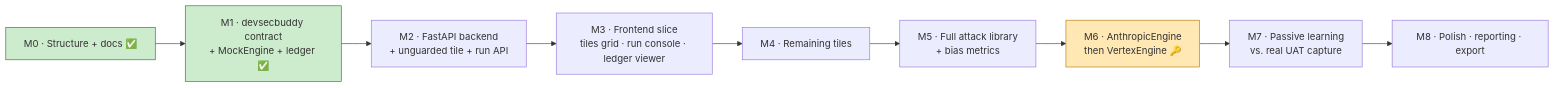
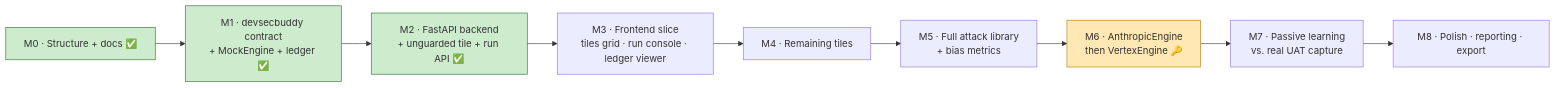
One commit to koeplinger/ai_devsecbuddy changed the diagram in docs/roadmap.md. Above: the diagram before and after it, drawn with Mermaid. The commit also changed other lines of this file and 10 other files, not shown here.

````diff
--- a/docs/roadmap.md
+++ b/docs/roadmap.md
@@ -45,15 +45,16 @@
 ```mermaid
 graph LR
     M0["M0 · Structure + docs ✅"] --> M1["M1 · devsecbuddy contract<br/>+ MockEngine + ledger ✅"]
-    M1 --> M2["M2 · FastAPI backend<br/>+ unguarded tile + run API"]
+    M1 --> M2["M2 · FastAPI backend<br/>+ unguarded tile + run API ✅"]
     M2 --> M3["M3 · Frontend slice<br/>tiles grid · run console · ledger viewer"]
     M3 --> M4["M4 · Remaining tiles"]
     M4 --> M5["M5 · Full attack library<br/>+ bias metrics"]
     M5 --> M6["M6 · AnthropicEngine<br/>then VertexEngine 🔑"]
     M6 --> M7["M7 · Passive learning<br/>vs. real UAT capture"]
     M7 --> M8["M8 · Polish · reporting · export"]
 
     style M0 fill:#cdeccd,stroke:#2d6a2d
     style M1 fill:#cdeccd,stroke:#2d6a2d
+    style M2 fill:#cdeccd,stroke:#2d6a2d
     style M6 fill:#ffe8b3,stroke:#b37700
 ```
````
